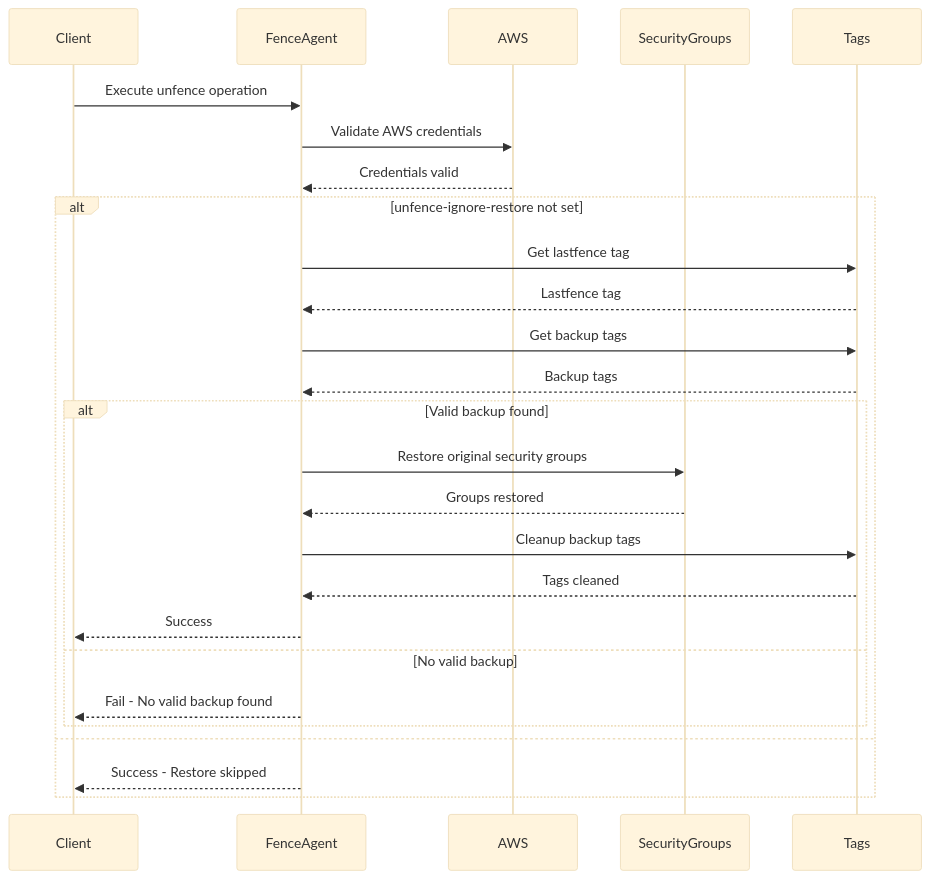
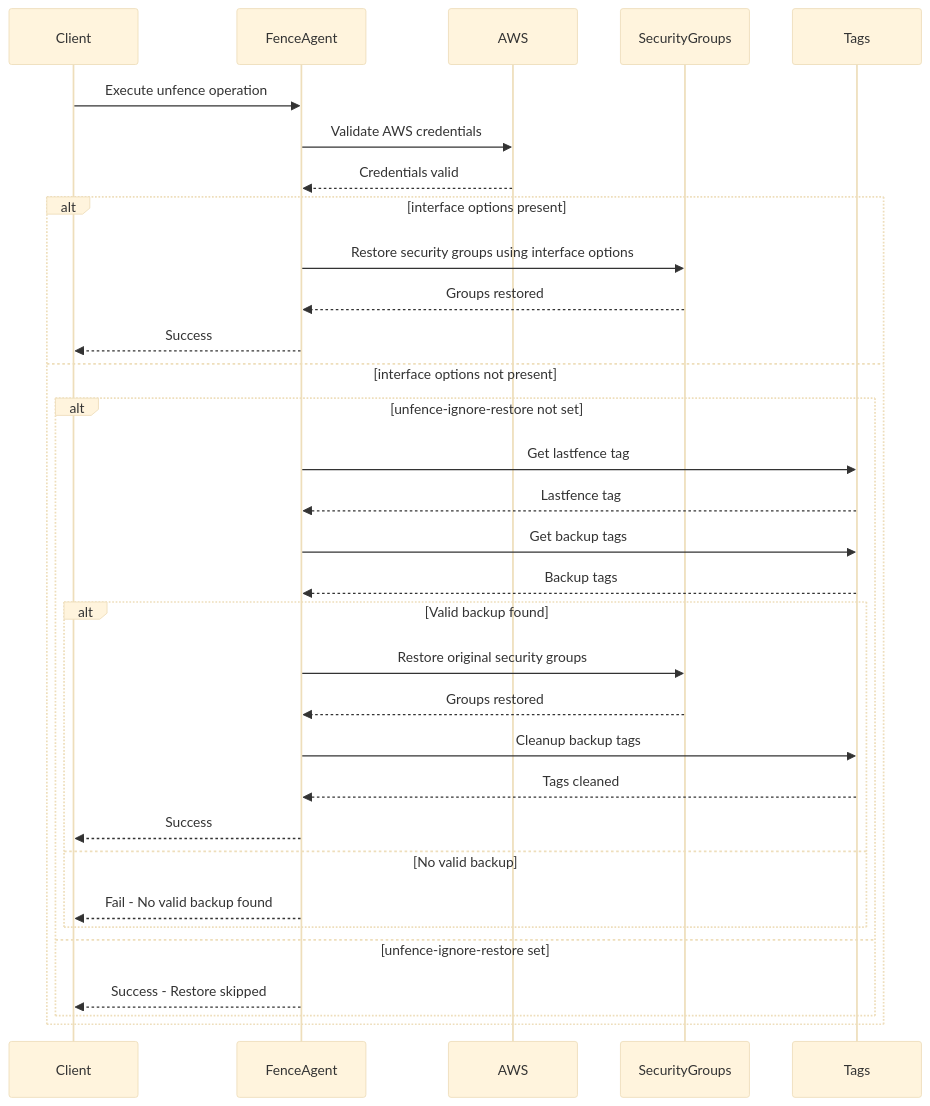
Before and after one commit to ClusterLabs/fence-agents: the third of 3 diagrams in agents/aws_vpc_net/readme.md, drawn with Mermaid (base theme). The commit also changed other lines of this file and 2 other files, not shown here.

Commit message:
fence_aws_vpc_net: new fence agent for AWS VPC Net

````diff
--- a/agents/aws_vpc_net/readme.md
+++ b/agents/aws_vpc_net/readme.md
@@ -107,34 +115,40 @@
 ```mermaid
 sequenceDiagram
     participant Client
     participant FenceAgent
     participant AWS
     participant SecurityGroups
     participant Tags
 
     Client->>FenceAgent: Execute unfence operation
     FenceAgent->>AWS: Validate AWS credentials
     AWS-->>FenceAgent: Credentials valid
 
-    alt unfence-ignore-restore not set
-        FenceAgent->>Tags: Get lastfence tag
-        Tags-->>FenceAgent: Lastfence tag
+    alt interface options present
+        FenceAgent->>SecurityGroups: Restore security groups using interface options
+        SecurityGroups-->>FenceAgent: Groups restored
+        FenceAgent-->>Client: Success
+    else interface options not present
+        alt unfence-ignore-restore not set
+            FenceAgent->>Tags: Get lastfence tag
+            Tags-->>FenceAgent: Lastfence tag
 
-        FenceAgent->>Tags: Get backup tags
-        Tags-->>FenceAgent: Backup tags
+            FenceAgent->>Tags: Get backup tags
+            Tags-->>FenceAgent: Backup tags
 
-        alt Valid backup found
-            FenceAgent->>SecurityGroups: Restore original security groups
-            SecurityGroups-->>FenceAgent: Groups restored
+            alt Valid backup found
+                FenceAgent->>SecurityGroups: Restore original security groups
+                SecurityGroups-->>FenceAgent: Groups restored
 
-            FenceAgent->>Tags: Cleanup backup tags
-            Tags-->>FenceAgent: Tags cleaned
+                FenceAgent->>Tags: Cleanup backup tags
+                Tags-->>FenceAgent: Tags cleaned
 
-            FenceAgent-->>Client: Success
-        else No valid backup
-            FenceAgent-->>Client: Fail - No valid backup found
+                FenceAgent-->>Client: Success
+            else No valid backup
+                FenceAgent-->>Client: Fail - No valid backup found
+            end
+        else unfence-ignore-restore set
+            FenceAgent-->>Client: Success - Restore skipped
         end
-    else
-        FenceAgent-->>Client: Success - Restore skipped
     end
 ```
````
